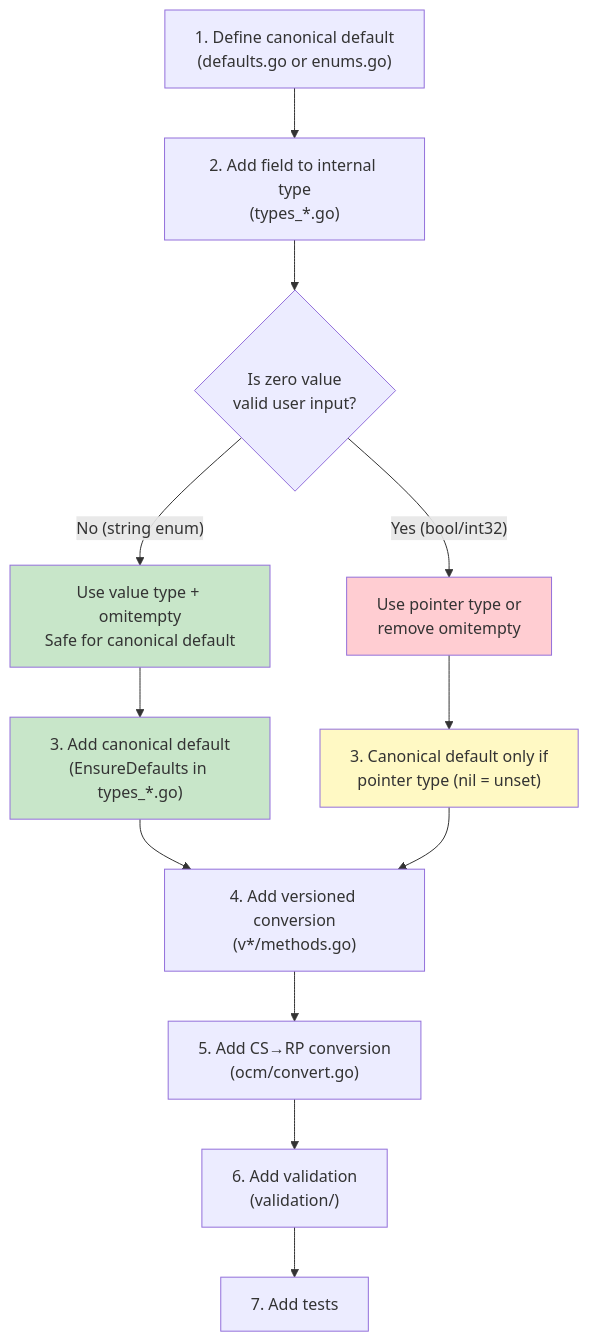
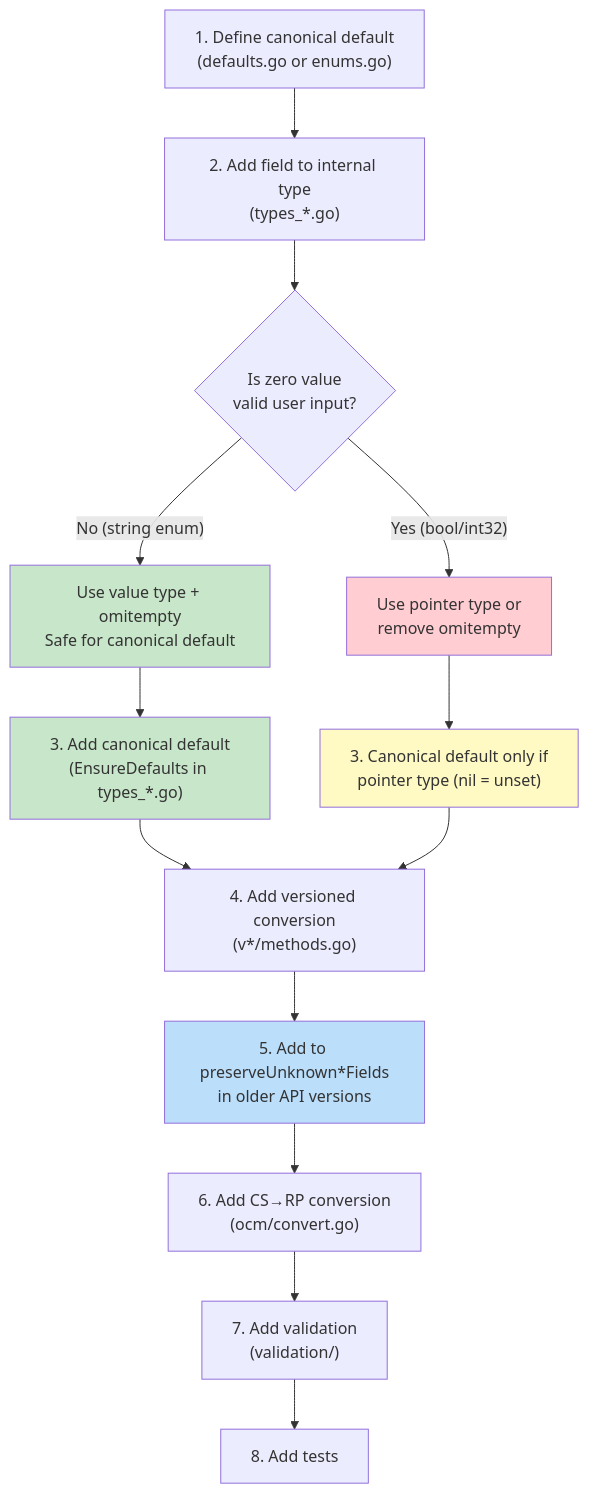
Before and after one commit to Azure/ARO-HCP: the seventh of 8 diagrams in docs/api-version-defaults-and-storage.md, drawn with Mermaid. The commit also changed other lines of this file and 10 other files, not shown here.

First line of the commit message:
api: flip ConvertToInternal to start-fresh with explicit copy-back

````diff
--- a/docs/api-version-defaults-and-storage.md
+++ b/docs/api-version-defaults-and-storage.md
@@ -223,22 +245,24 @@
 ```mermaid
 flowchart TD
     A["1. Define canonical default<br/>(defaults.go or enums.go)"] --> B["2. Add field to internal type<br/>(types_*.go)"]
     B --> C{Is zero value<br/>valid user input?}
     C -->|"No (string enum)"| D["Use value type + omitempty<br/>Safe for canonical default"]
     C -->|"Yes (bool/int32)"| E["Use pointer type or<br/>remove omitempty"]
 
     D --> F["3. Add canonical default<br/>(EnsureDefaults in types_*.go)"]
     E --> F2["3. Canonical default only if<br/>pointer type (nil = unset)"]
 
     F --> G["4. Add versioned conversion<br/>(v*/methods.go)"]
     F2 --> G
 
-    G --> H["5. Add CS→RP conversion<br/>(ocm/convert.go)"]
-    H --> I["6. Add validation<br/>(validation/)"]
-    I --> J["7. Add tests"]
+    G --> G2["5. Add to preserveUnknown*Fields<br/>in older API versions"]
+    G2 --> H["6. Add CS→RP conversion<br/>(ocm/convert.go)"]
+    H --> I["7. Add validation<br/>(validation/)"]
+    I --> J["8. Add tests"]
 
     style D fill:#c8e6c9
     style E fill:#ffcdd2
     style F fill:#c8e6c9
     style F2 fill:#fff9c4
+    style G2 fill:#bbdefb
 ```
````
